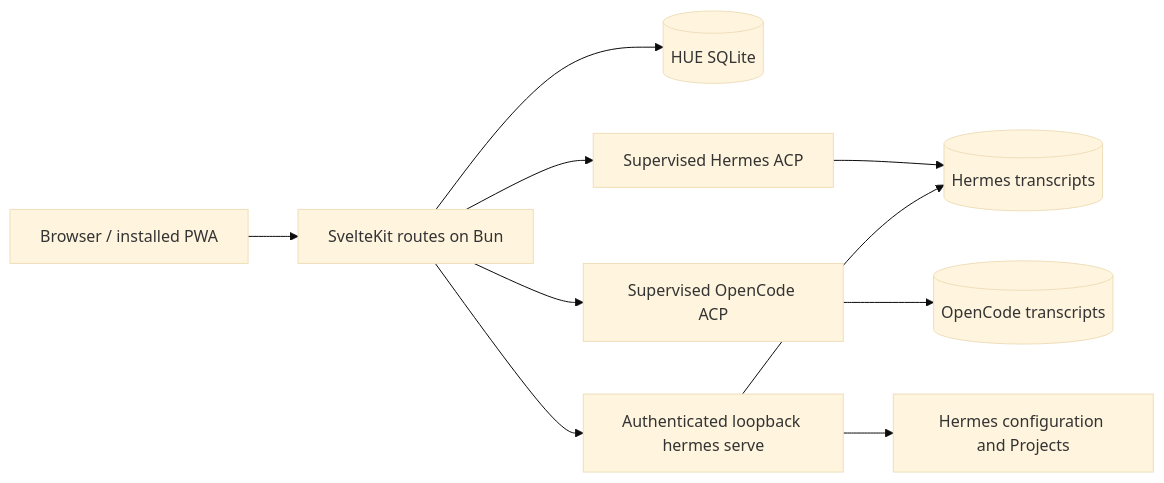
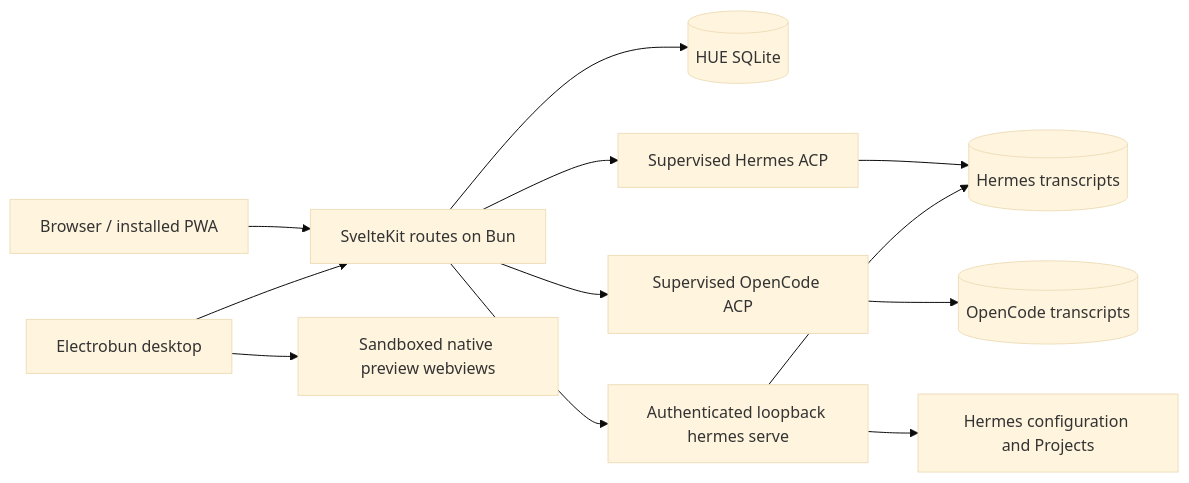
The diagram in docs/05-system-architecture.md (ctwhome/HUE), drawn with Mermaid (base theme) before and after one commit. The commit also changed other lines of this file and 63 other files, not shown here.

Commit message:
feat: add native desktop browser previews

````diff
--- a/docs/05-system-architecture.md
+++ b/docs/05-system-architecture.md
@@ -12,12 +12,14 @@
 ```mermaid
 flowchart LR
     B[Browser / installed PWA] --> H[SvelteKit routes on Bun]
+    D[Electrobun desktop] --> H
+    D --> N[Sandboxed native preview webviews]
     H --> Q[(HUE SQLite)]
     H --> A[Supervised Hermes ACP]
     H --> O[Supervised OpenCode ACP]
     H --> S[Authenticated loopback hermes serve]
     A --> T[(Hermes transcripts)]
     O --> U[(OpenCode transcripts)]
     S --> T
     S --> C[Hermes configuration and Projects]
 ```
````
